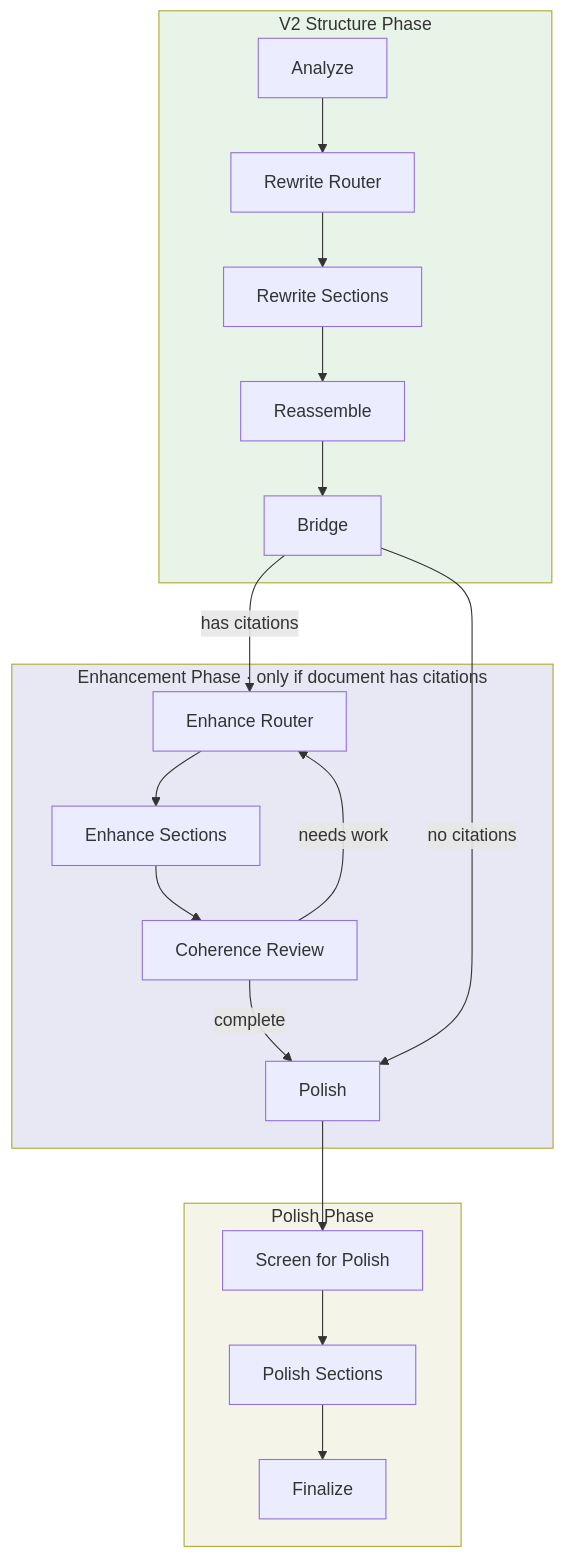
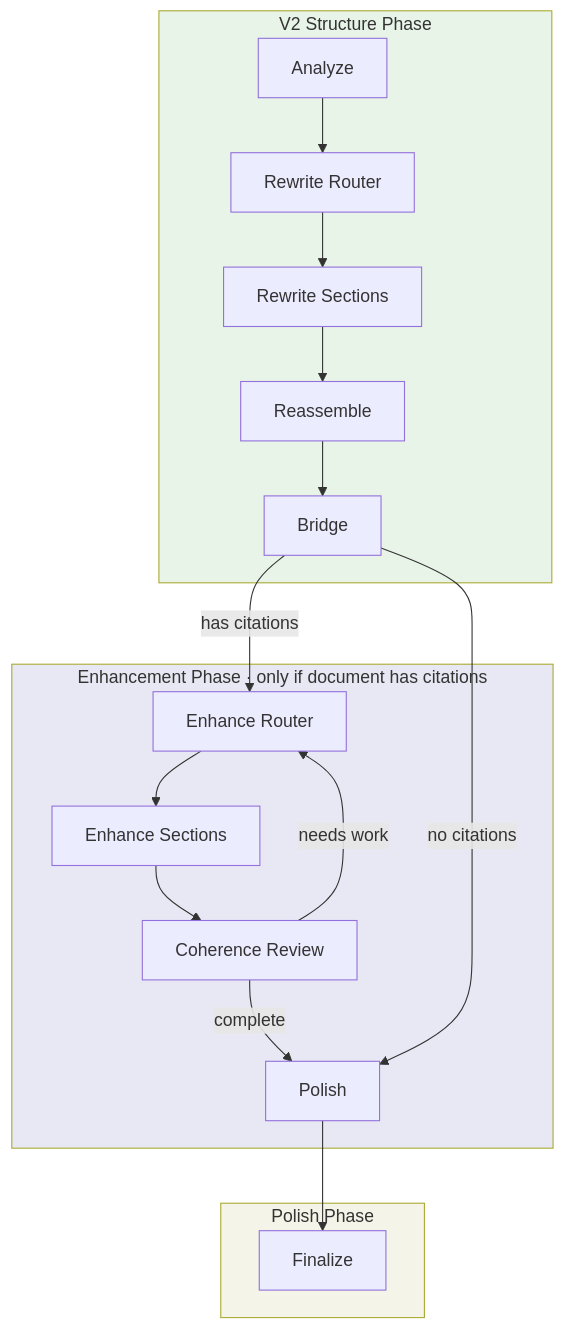
Before and after one commit to DaveCBeck/thala: the diagram in workflows/enhance/editing/README.md, drawn with Mermaid. The commit also changed other lines of this file and 23 other files, not shown here.

````diff
--- a/workflows/enhance/editing/README.md
+++ b/workflows/enhance/editing/README.md
@@ -50,28 +50,26 @@
 ```mermaid
 flowchart TD
     subgraph structure ["V2 Structure Phase"]
         A[Analyze] --> B[Rewrite Router]
         B --> C[Rewrite Sections]
         C --> D[Reassemble]
         D --> E[Bridge]
     end
 
     subgraph enhance ["Enhancement Phase · only if document has citations"]
         E -->|has citations| F[Enhance Router]
         F --> G[Enhance Sections]
         G --> H[Coherence Review]
         H -->|needs work| F
         H -->|complete| I[Polish]
     end
 
     subgraph polish ["Polish Phase"]
         E -->|no citations| I
-        I --> J[Screen for Polish]
-        J --> K[Polish Sections]
-        K --> L[Finalize]
+        I --> L[Finalize]
     end
 
     style structure fill:#e8f4e8
     style enhance fill:#e8e8f4
     style polish fill:#f4f4e8
 ```
````
